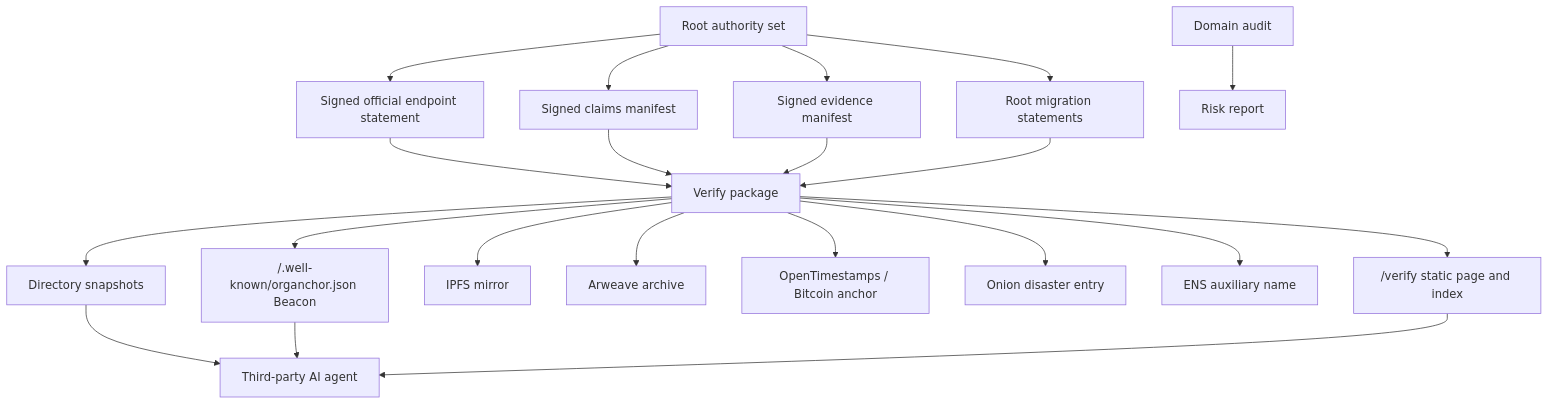
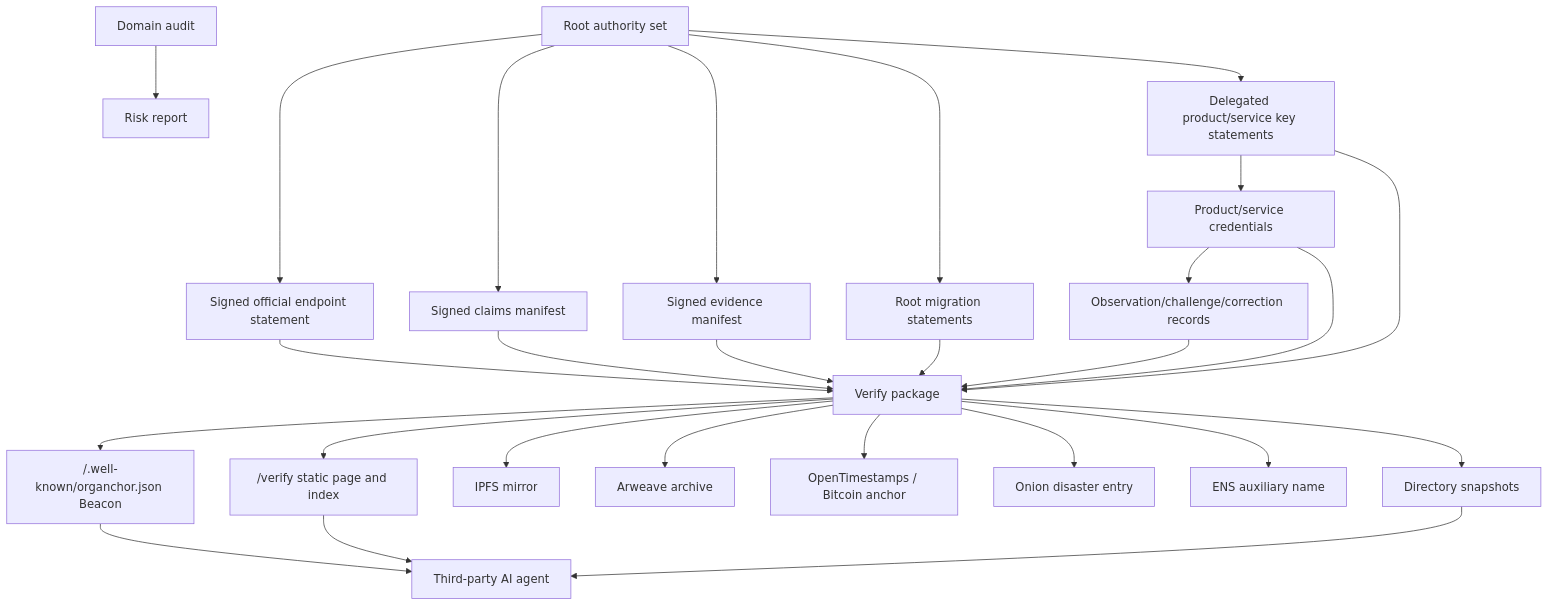
The diagram in ARCHITECTURE.md (OrgAnchor/OrgAnchor), drawn with Mermaid before and after one commit. The commit also changed other lines of this file and 7 other files, not shown here.

Commit message:
Document product service credential layer

````diff
--- a/ARCHITECTURE.md
+++ b/ARCHITECTURE.md
@@ -21,23 +21,29 @@
 ```mermaid
 flowchart TD
   A["Root authority set"] --> B["Signed official endpoint statement"]
   A --> C["Signed claims manifest"]
   A --> D["Signed evidence manifest"]
   A --> E["Root migration statements"]
+  A --> R["Delegated product/service key statements"]
+  R --> S["Product/service credentials"]
+  S --> T["Observation/challenge/correction records"]
   B --> F["Verify package"]
   C --> F
   D --> F
   E --> F
+  R --> F
+  S --> F
+  T --> F
   F --> G["/.well-known/organchor.json Beacon"]
   F --> H["/verify static page and index"]
   F --> I["IPFS mirror"]
   F --> J["Arweave archive"]
   F --> K["OpenTimestamps / Bitcoin anchor"]
   F --> L["Onion disaster entry"]
   F --> M["ENS auxiliary name"]
   F --> N["Directory snapshots"]
   O["Domain audit"] --> P["Risk report"]
   N --> Q["Third-party AI agent"]
   G --> Q
   H --> Q
 ```
````
